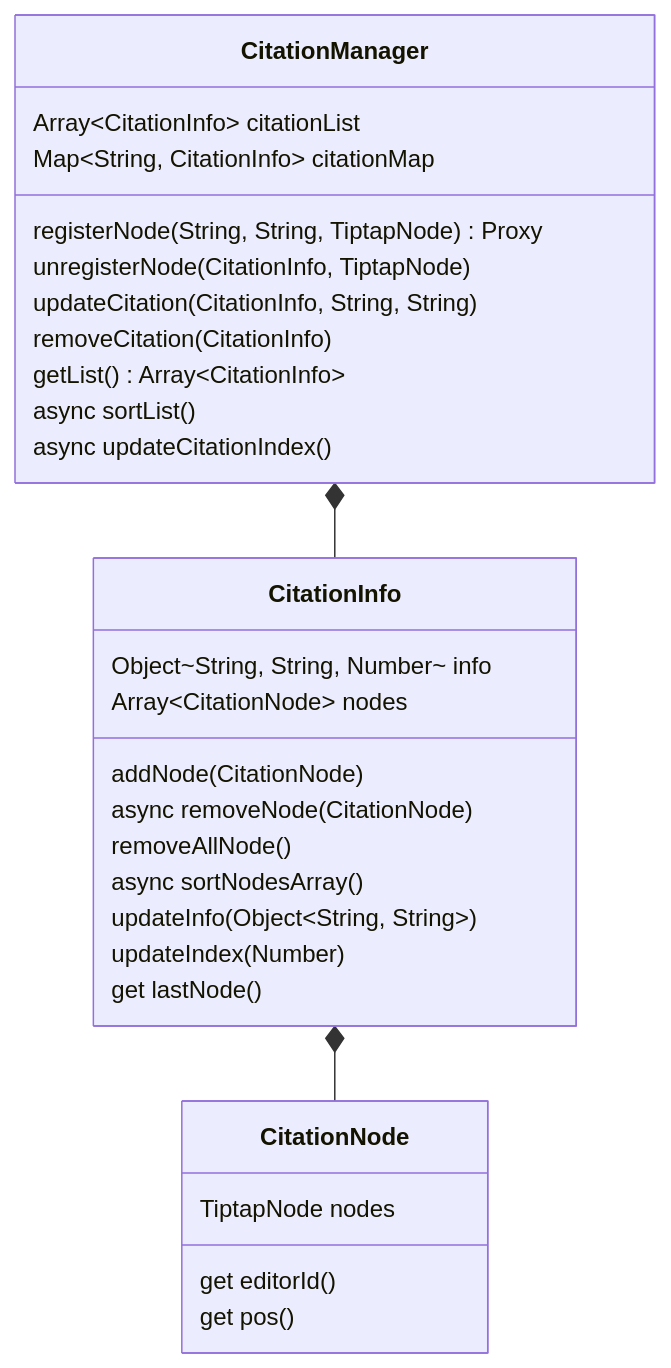
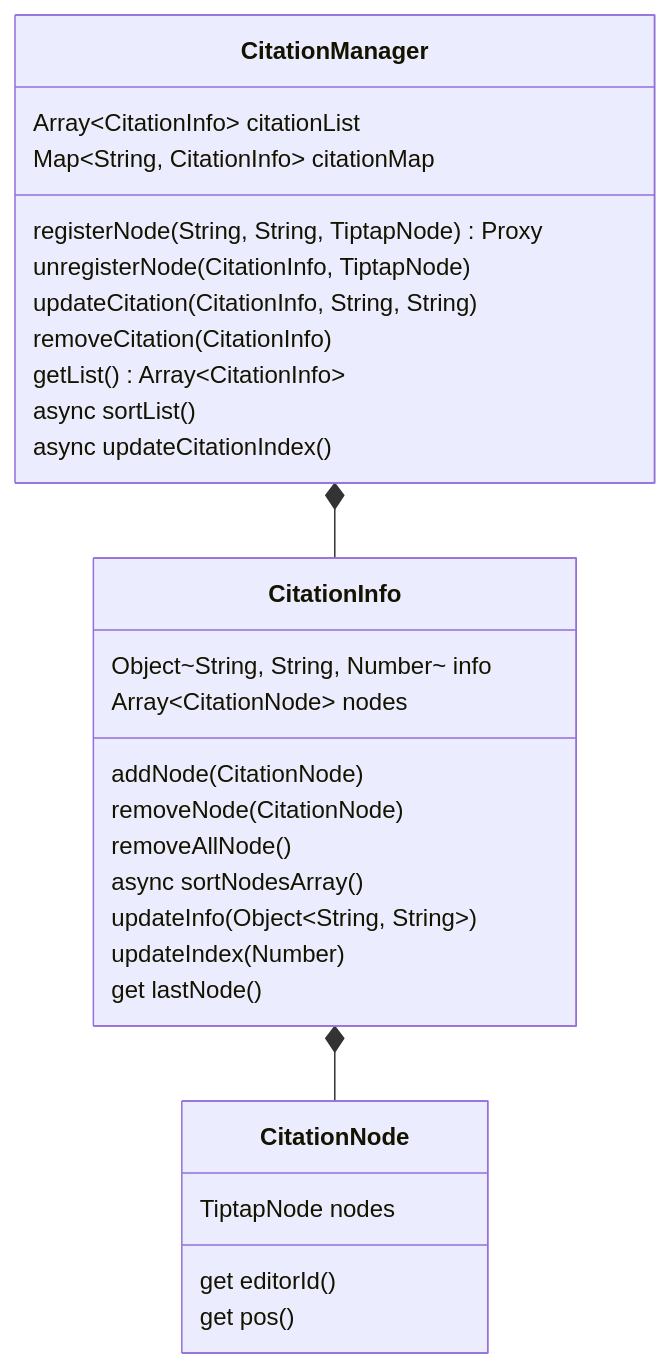
Before and after one commit to NCTU-SYNC/sync-frontend: the first of 3 diagrams in src/components/Editor/CitationManager/README.md, drawn with Mermaid. The commit also changed 1 other file, not shown here.

Commit message:
[SYNC-48][FE] 🐛 fix citation related bug
Description: citation deletion after single related node remounted

````diff
--- a/src/components/Editor/CitationManager/README.md
+++ b/src/components/Editor/CitationManager/README.md
@@ -5,39 +5,39 @@
 ```mermaid
 
 classDiagram
 class CitationNode {
 TiptapNode nodes
 get editorId()
 get pos()
 }
 
 class CitationInfo {
 Object~String, String, Number~ info
 Array~CitationNode~ nodes
 
 addNode(CitationNode)
-async removeNode(CitationNode)
+removeNode(CitationNode)
 removeAllNode()
 async sortNodesArray()
 updateInfo(Object~String, String~)
 updateIndex(Number)
 get lastNode()
 }
 
 class CitationManager {
 Array~CitationInfo~ citationList
 Map~String, CitationInfo~ citationMap
 
 registerNode(String, String, TiptapNode) Proxy
 unregisterNode(CitationInfo, TiptapNode)
 updateCitation(CitationInfo, String, String)
 removeCitation(CitationInfo)
 getList() Array~CitationInfo~
 async sortList()
 async updateCitationIndex()
 }
 
 CitationManager *-- CitationInfo
 CitationInfo *-- CitationNode
 
 ```
````
